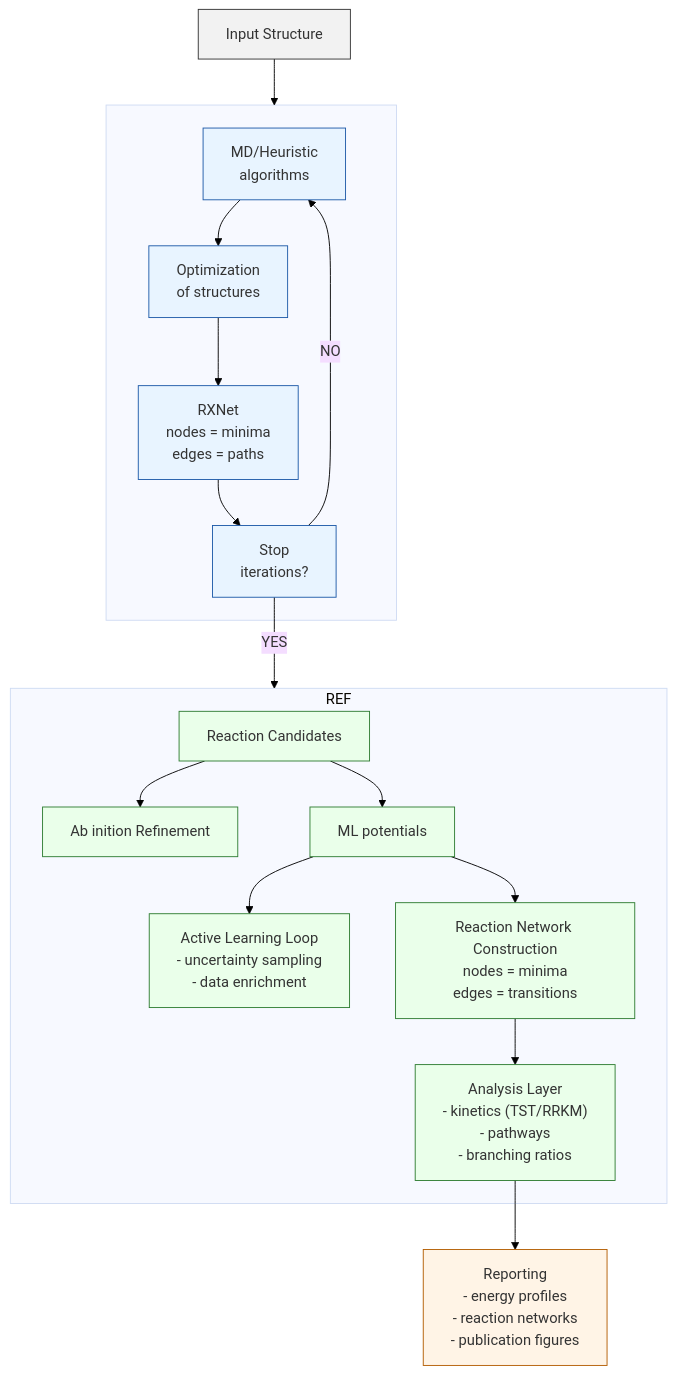
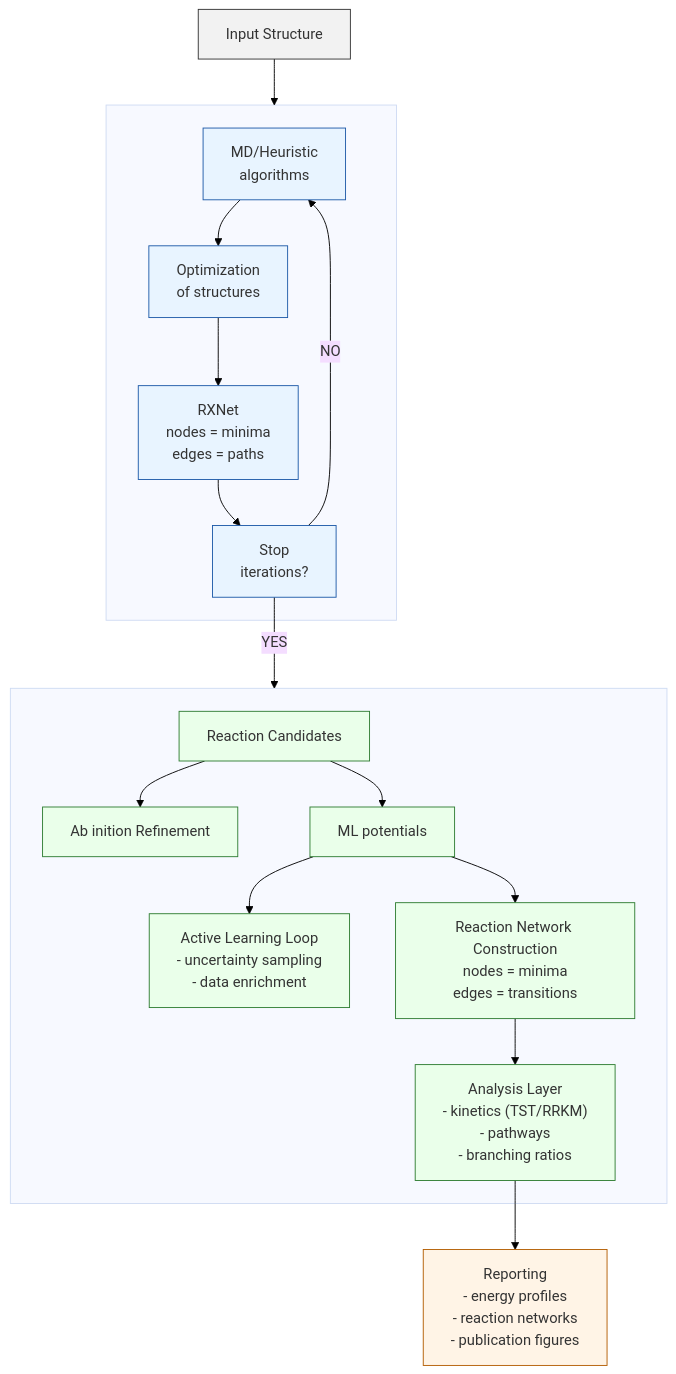
One commit to emartineznunez/mermaid changed the diagram in diagrams/diagrama.mmd. Above: the diagram before and after it, drawn with Mermaid.

```diff
--- a/diagrams/diagrama.mmd
+++ b/diagrams/diagrama.mmd
@@ -1,67 +1,67 @@
 %%{init: {
   'theme': 'base',
   'themeVariables': {
     'background': '#ffffff'
   }
 }}%%
 
 flowchart TD
 
 %% =========================
 %% Input
 %% =========================
 A["Input Structure"]
 
 %% =========================
 %% Exploration layer
 %% =========================
 subgraph EXP[" "]
 B1["MD/Heuristic\n algorithms "]
 B2["Optimization\n of structures"]
 B3["RXNet\nnodes = minima\nedges = paths"]
 B4["Stop\niterations?"]
 
 B1 --> B2 --> B3 --> B4
 B4 -->|NO| B1
 end
 
 A --> EXP
 
 %% =========================
 %% Refinement layer
 %% =========================
-subgraph REF
+subgraph REF[" "]
 C[Reaction Candidates]
 
 C --> D["Ab inition Refinement"]
 C --> E["ML potentials"]
 
 E --> F["Active Learning Loop\n- uncertainty sampling\n- data enrichment"]
 E --> G["Reaction Network Construction\nnodes = minima\nedges = transitions"]
 
 G --> H["Analysis Layer\n- kinetics (TST/RRKM)\n- pathways\n- branching ratios"]
 end
 
 B4 -->|YES| REF
 
 %% =========================
 %% Output
 %% =========================
 H --> I["Reporting\n- energy profiles\n- reaction networks\n- publication figures"]
 
 %% =========================
 %% STYLING
 %% =========================
 
 classDef inputFill fill:#f2f2f2,stroke:#333,stroke-width:1px,fill-opacity:1;
 classDef expFill fill:#e8f4ff,stroke:#1e5aa8,stroke-width:1px,fill-opacity:1;
 classDef refFill fill:#eaffea,stroke:#2f7d32,stroke-width:1px,fill-opacity:1;
 classDef outFill fill:#fff4e6,stroke:#b35c00,stroke-width:1px,fill-opacity:1;
 
 class A inputFill;
 
 class B1,B2,B3,B4 expFill;
 
 class C,D,E,F,G,H refFill;
 
 class I outFill;
```
